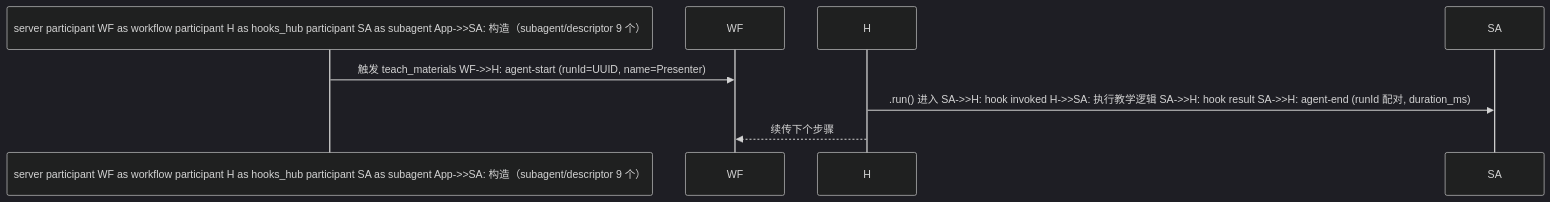
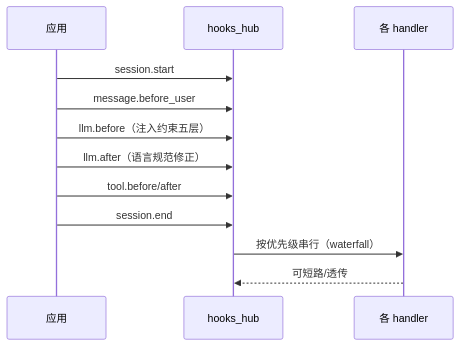
One commit to Golden2002/PAEG changed diagram 17 of 26 in PAEG技术说明.md. Above: the diagram before and after it, drawn with Mermaid. The commit also changed other lines of this file and 4 other files, not shown here.

````diff
--- a/PAEG技术说明.md
+++ b/PAEG技术说明.md
@@ -475,7 +486,14 @@
 ```mermaid
-%%{init: {'theme': 'dark'}}%%
-sequenceDiagram participant App as server participant WF as workflow participant H as hooks_hub participant SA as subagent App->>SA: 构造（subagent/descriptor 9 个）
-    App->>WF: 触发 teach_materials WF->>H: agent-start (runId=UUID, name=Presenter)
-    H->>SA: .run() 进入 SA->>H: hook invoked H->>SA: 执行教学逻辑 SA->>H: hook result SA->>H: agent-end (runId 配对, duration_ms)
-    H-->>WF: 续传下个步骤
+sequenceDiagram
+    participant App as 应用
+    participant H as hooks_hub
+    participant Handler as 各 handler
+    App->>H: session.start
+    App->>H: message.before_user
+    App->>H: llm.before（注入约束五层）
+    App->>H: llm.after（语言规范修正）
+    App->>H: tool.before/after
+    App->>H: session.end
+    H->>Handler: 按优先级串行（waterfall）
+    Handler-->>H: 可短路/透传
 ```
````
